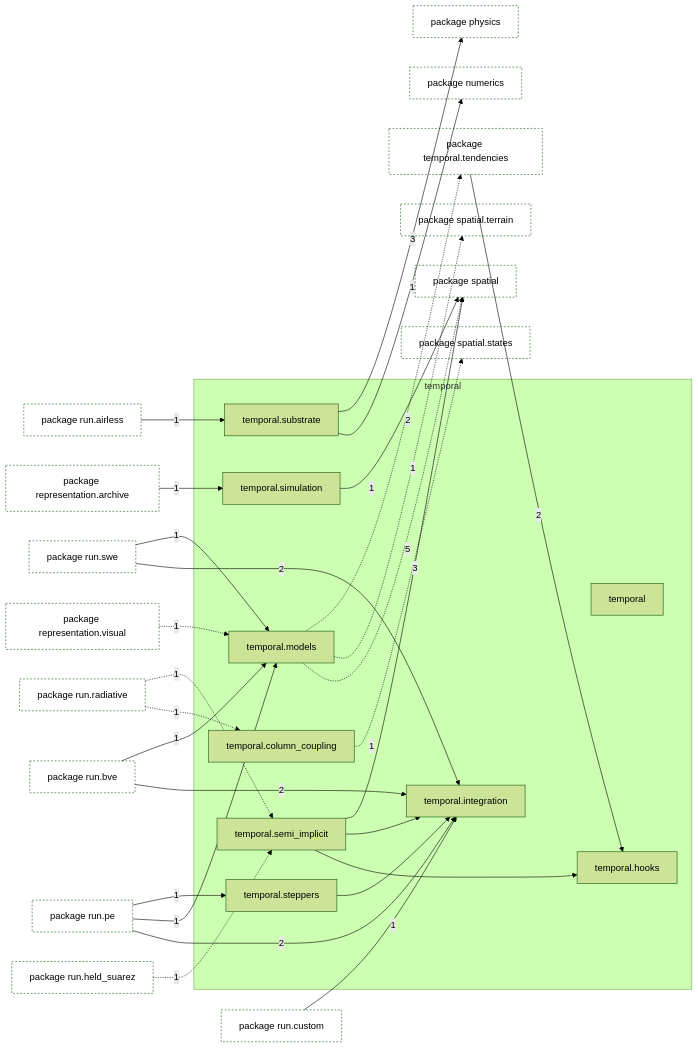
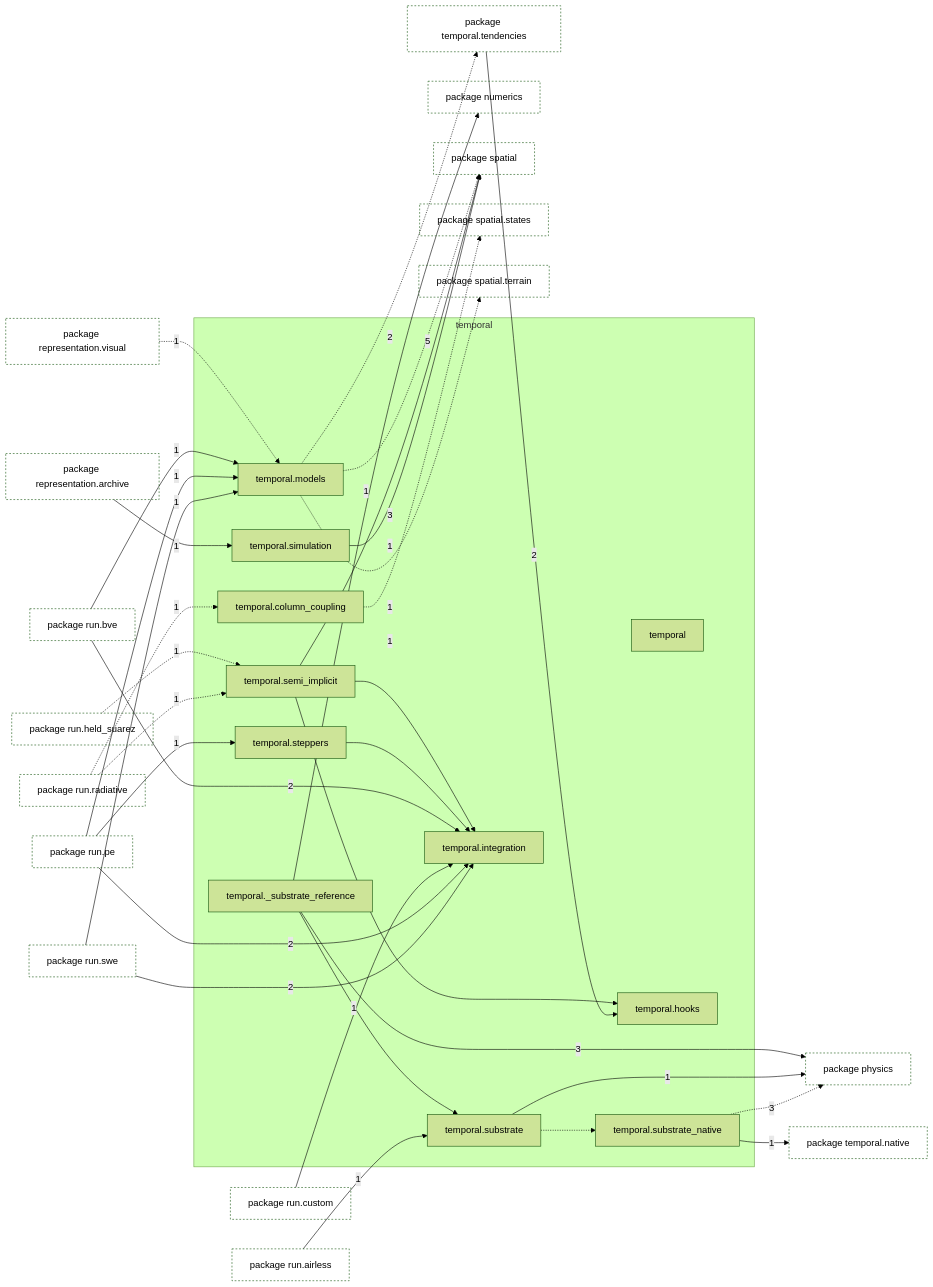
The first of 2 diagrams in docs/architecture/current/packages/tropoi.temporal.md (AlexandreEros/Palintropos), drawn with Mermaid (forest theme) before and after one commit. The commit also changed other lines of this file and 48 other files, not shown here.

````diff
--- a/docs/architecture/current/packages/tropoi.temporal.md
+++ b/docs/architecture/current/packages/tropoi.temporal.md
@@ -27,73 +29,82 @@
 ```mermaid
 %% Generated by tools.architecture 2.3.0. Do not edit by hand.
 %% Modules of tropoi.temporal with imports in and out
 flowchart LR
     subgraph g_tropoi_otemporal["temporal"]
         n_tropoi_otemporal["temporal"]
+        n_tropoi_otemporal_o__substrate__reference["temporal.#95;substrate#95;reference"]
         n_tropoi_otemporal_ocolumn__coupling["temporal.column#95;coupling"]
         n_tropoi_otemporal_ohooks["temporal.hooks"]
         n_tropoi_otemporal_ointegration["temporal.integration"]
         n_tropoi_otemporal_omodels["temporal.models"]
         n_tropoi_otemporal_osemi__implicit["temporal.semi#95;implicit"]
         n_tropoi_otemporal_osimulation["temporal.simulation"]
         n_tropoi_otemporal_osteppers["temporal.steppers"]
         n_tropoi_otemporal_osubstrate["temporal.substrate"]
+        n_tropoi_otemporal_osubstrate__native["temporal.substrate#95;native"]
     end
     p_tropoi_onumerics["package numerics"]
     p_tropoi_ophysics["package physics"]
     p_tropoi_orepresentation_oarchive["package representation.archive"]
     p_tropoi_orepresentation_ovisual["package representation.visual"]
     p_tropoi_orun_oairless["package run.airless"]
     p_tropoi_orun_obve["package run.bve"]
     p_tropoi_orun_ocustom["package run.custom"]
     p_tropoi_orun_oheld__suarez["package run.held#95;suarez"]
     p_tropoi_orun_ope["package run.pe"]
     p_tropoi_orun_oradiative["package run.radiative"]
     p_tropoi_orun_oswe["package run.swe"]
     p_tropoi_ospatial["package spatial"]
     p_tropoi_ospatial_ostates["package spatial.states"]
     p_tropoi_ospatial_oterrain["package spatial.terrain"]
+    p_tropoi_otemporal_onative["package temporal.native"]
     p_tropoi_otemporal_otendencies["package temporal.tendencies"]
+    n_tropoi_otemporal_o__substrate__reference --> n_tropoi_otemporal_osubstrate
     n_tropoi_otemporal_osemi__implicit --> n_tropoi_otemporal_ohooks
     n_tropoi_otemporal_osemi__implicit --> n_tropoi_otemporal_ointegration
     n_tropoi_otemporal_osteppers --> n_tropoi_otemporal_ointegration
+    n_tropoi_otemporal_osubstrate -.-> n_tropoi_otemporal_osubstrate__native
     p_tropoi_orepresentation_oarchive -->|1| n_tropoi_otemporal_osimulation
     p_tropoi_orepresentation_ovisual -.->|1| n_tropoi_otemporal_omodels
     p_tropoi_orun_oairless -->|1| n_tropoi_otemporal_osubstrate
     p_tropoi_orun_obve -->|2| n_tropoi_otemporal_ointegration
     p_tropoi_orun_obve -->|1| n_tropoi_otemporal_omodels
     p_tropoi_orun_ocustom -->|1| n_tropoi_otemporal_ointegration
     p_tropoi_orun_oheld__suarez -.->|1| n_tropoi_otemporal_osemi__implicit
     p_tropoi_orun_ope -->|2| n_tropoi_otemporal_ointegration
     p_tropoi_orun_ope -->|1| n_tropoi_otemporal_omodels
     p_tropoi_orun_ope -->|1| n_tropoi_otemporal_osteppers
     p_tropoi_orun_oradiative -.->|1| n_tropoi_otemporal_ocolumn__coupling
     p_tropoi_orun_oradiative -.->|1| n_tropoi_otemporal_osemi__implicit
     p_tropoi_orun_oswe -->|2| n_tropoi_otemporal_ointegration
     p_tropoi_orun_oswe -->|1| n_tropoi_otemporal_omodels
     p_tropoi_otemporal_otendencies -->|2| n_tropoi_otemporal_ohooks
+    n_tropoi_otemporal_o__substrate__reference -->|1| p_tropoi_onumerics
+    n_tropoi_otemporal_o__substrate__reference -->|3| p_tropoi_ophysics
     n_tropoi_otemporal_ocolumn__coupling -.->|1| p_tropoi_ospatial_ostates
     n_tropoi_otemporal_omodels -.->|5| p_tropoi_ospatial
     n_tropoi_otemporal_omodels -.->|1| p_tropoi_ospatial_oterrain
     n_tropoi_otemporal_omodels -.->|2| p_tropoi_otemporal_otendencies
     n_tropoi_otemporal_osemi__implicit -->|3| p_tropoi_ospatial
     n_tropoi_otemporal_osimulation -->|1| p_tropoi_ospatial
-    n_tropoi_otemporal_osubstrate -->|1| p_tropoi_onumerics
-    n_tropoi_otemporal_osubstrate -->|3| p_tropoi_ophysics
+    n_tropoi_otemporal_osubstrate -->|1| p_tropoi_ophysics
+    n_tropoi_otemporal_osubstrate__native -.->|3| p_tropoi_ophysics
+    n_tropoi_otemporal_osubstrate__native -->|1| p_tropoi_otemporal_onative
     classDef other fill:none,stroke-dasharray:3 3
     class p_tropoi_onumerics other
     class p_tropoi_ophysics other
     class p_tropoi_orepresentation_oarchive other
     class p_tropoi_orepresentation_ovisual other
     class p_tropoi_orun_oairless other
     class p_tropoi_orun_obve other
     class p_tropoi_orun_ocustom other
     class p_tropoi_orun_oheld__suarez other
     class p_tropoi_orun_ope other
     class p_tropoi_orun_oradiative other
     class p_tropoi_orun_oswe other
     class p_tropoi_ospatial other
     class p_tropoi_ospatial_ostates other
     class p_tropoi_ospatial_oterrain other
+    class p_tropoi_otemporal_onative other
     class p_tropoi_otemporal_otendencies other
 ```
````
